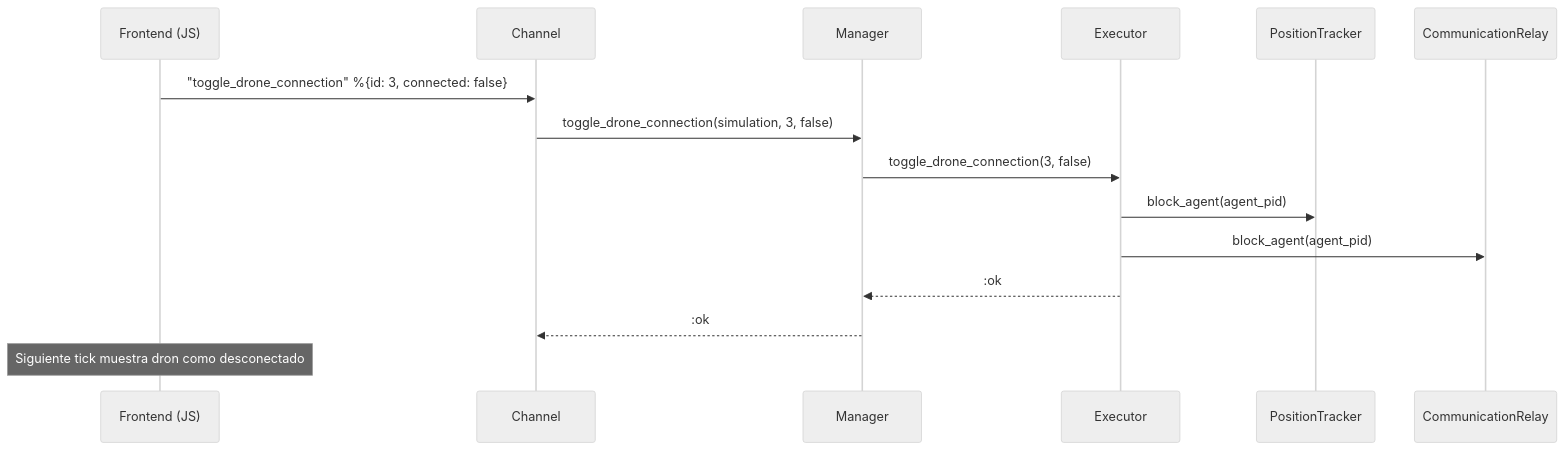
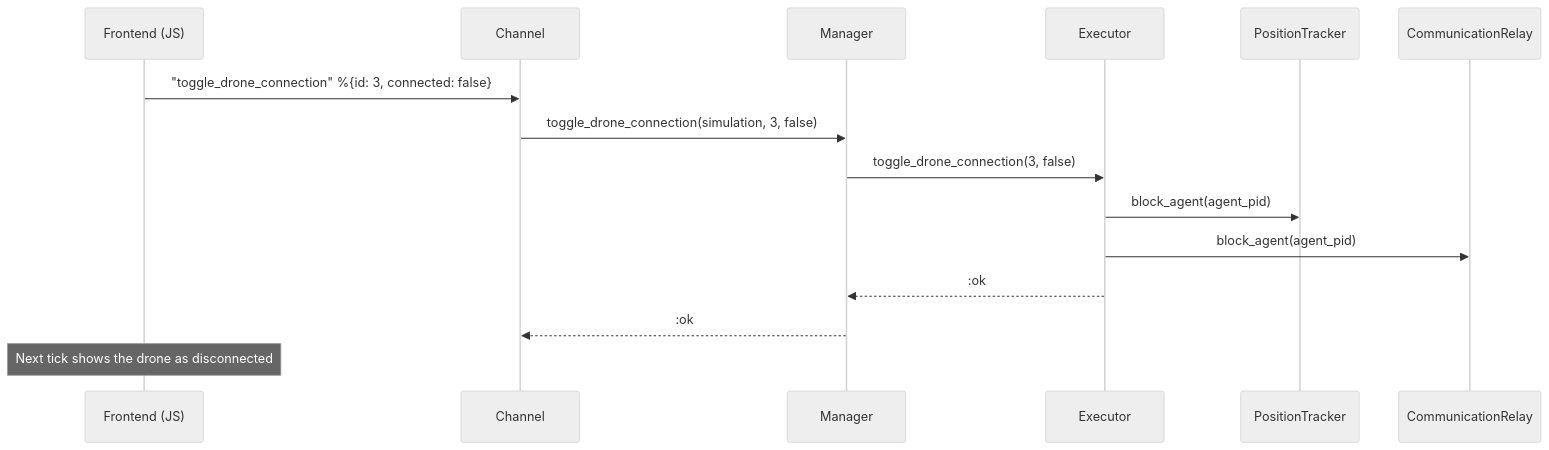
The second of 3 diagrams in docs/web/channels.md (FLAGlab/Elixir-Swarm-Simulator), drawn with Mermaid (neutral theme) before and after one commit. The commit also changed other lines of this file and 40 other files, not shown here.

````diff
--- a/docs/web/channels.md
+++ b/docs/web/channels.md
@@ -89,18 +89,18 @@
 ```mermaid
 sequenceDiagram
     participant JS as Frontend (JS)
     participant Ch as Channel
     participant Mg as Manager
     participant Ex as Executor
     participant PT as PositionTracker
     participant CR as CommunicationRelay
 
     JS->>Ch: "toggle_drone_connection" %{id: 3, connected: false}
     Ch->>Mg: toggle_drone_connection(simulation, 3, false)
     Mg->>Ex: toggle_drone_connection(3, false)
     Ex->>PT: block_agent(agent_pid)
     Ex->>CR: block_agent(agent_pid)
     Ex-->>Mg: :ok
     Mg-->>Ch: :ok
-    Note over JS: Siguiente tick muestra dron como desconectado
+    Note over JS: Next tick shows the drone as disconnected
 ```
````
